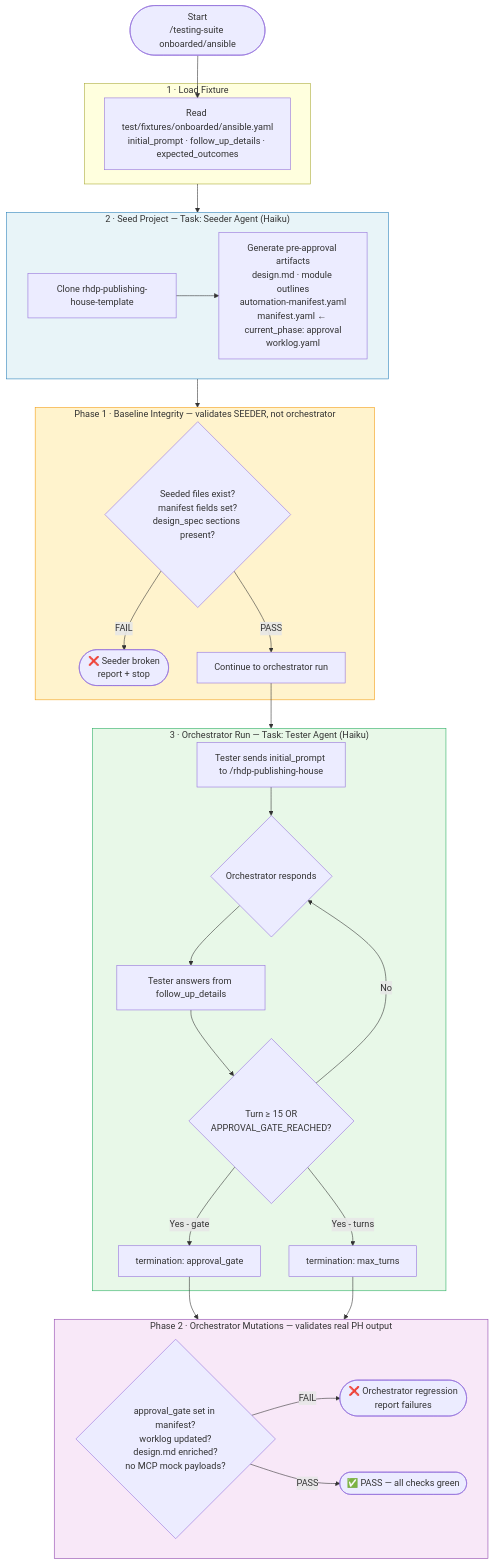
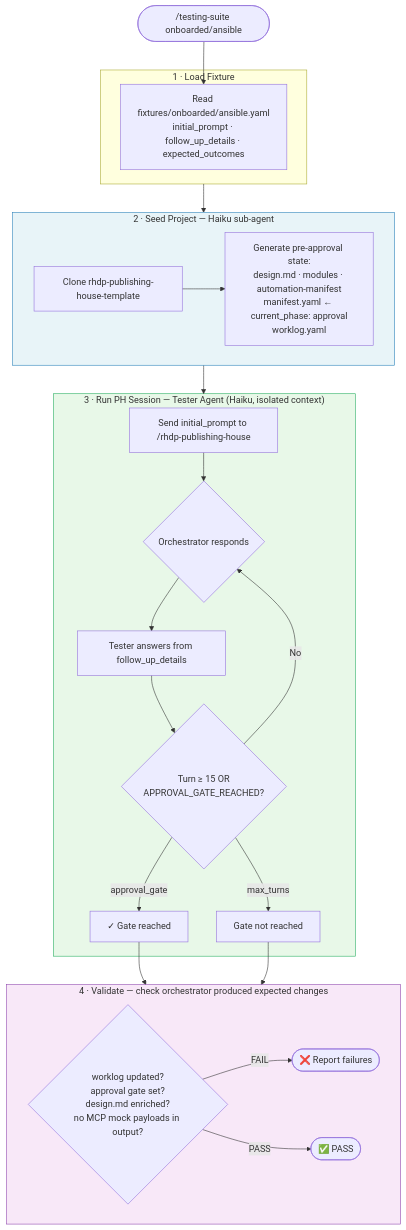
The diagram in docs/superpowers/specs/2026-06-30-testing-suite-skill.md (treddy08/rhdp-publishing-house), drawn with Mermaid before and after one commit. The commit also changed other lines of this file, not shown here.

First line of the commit message:
docs: RHDPCD-108 rewrite spec as clean product doc

````diff
--- a/docs/superpowers/specs/2026-06-30-testing-suite-skill.md
+++ b/docs/superpowers/specs/2026-06-30-testing-suite-skill.md
@@ -21,49 +20,40 @@
 ```mermaid
 flowchart TD
-    A([Start\n/testing-suite onboarded/ansible]) --> B
+    A([/testing-suite onboarded/ansible]) --> B
 
     subgraph LOAD["1 · Load Fixture"]
-        B[Read test/fixtures/onboarded/ansible.yaml\ninitial_prompt · follow_up_details · expected_outcomes]
+        B[Read fixtures/onboarded/ansible.yaml\ninitial_prompt · follow_up_details · expected_outcomes]
     end
 
     LOAD --> SEED
 
-    subgraph SEED["2 · Seed Project — Task: Seeder Agent (Haiku)"]
+    subgraph SEED["2 · Seed Project — Haiku sub-agent"]
         C[Clone rhdp-publishing-house-template]
-        C --> D[Generate pre-approval artifacts\ndesign.md · module outlines\nautomation-manifest.yaml\nmanifest.yaml ← current_phase: approval\nworklog.yaml]
+        C --> D[Generate pre-approval state:\ndesign.md · modules · automation-manifest\nmanifest.yaml ← current_phase: approval\nworklog.yaml]
     end
 
-    SEED --> P1
+    SEED --> RUN
 
-    subgraph P1["Phase 1 · Baseline Integrity — validates SEEDER, not orchestrator"]
-        E{Seeded files exist?\nmanifest fields set?\ndesign_spec sections present?}
-        E -->|FAIL| F([❌ Seeder broken\nreport + stop])
-        E -->|PASS| G[Continue to orchestrator run]
-    end
-
-    G --> RUN
-
-    subgraph RUN["3 · Orchestrator Run — Task: Tester Agent (Haiku)"]
-        H[Tester sends initial_prompt to /rhdp-publishing-house]
+    subgraph RUN["3 · Run PH Session — Tester Agent (Haiku, isolated context)"]
+        H[Send initial_prompt to /rhdp-publishing-house]
         H --> I{Orchestrator responds}
         I --> J[Tester answers from follow_up_details]
         J --> K{Turn ≥ 15 OR\nAPPROVAL_GATE_REACHED?}
         K -->|No| I
-        K -->|Yes - gate| L[termination: approval_gate]
-        K -->|Yes - turns| M[termination: max_turns]
+        K -->|approval_gate| L[✓ Gate reached]
+        K -->|max_turns| M[Gate not reached]
     end
 
-    L --> P2
-    M --> P2
+    L --> VAL
+    M --> VAL
 
-    subgraph P2["Phase 2 · Orchestrator Mutations — validates real PH output"]
-        N{approval_gate set in manifest?\nworklog updated?\ndesign.md enriched?\nno MCP mock payloads?}
-        N -->|FAIL| O([❌ Orchestrator regression\nreport failures])
-        N -->|PASS| P([✅ PASS — all checks green])
+    subgraph VAL["4 · Validate — check orchestrator produced expected changes"]
+        N{worklog updated?\napproval gate set?\ndesign.md enriched?\nno MCP mock payloads in output?}
+        N -->|FAIL| O([❌ Report failures])
+        N -->|PASS| P([✅ PASS])
     end
 
     style SEED fill:#e8f4f8,stroke:#2980b9
-    style P1 fill:#fff3cd,stroke:#f39c12
     style RUN fill:#e8f8e8,stroke:#27ae60
-    style P2 fill:#f8e8f8,stroke:#8e44ad
+    style VAL fill:#f8e8f8,stroke:#8e44ad
 ```
````
